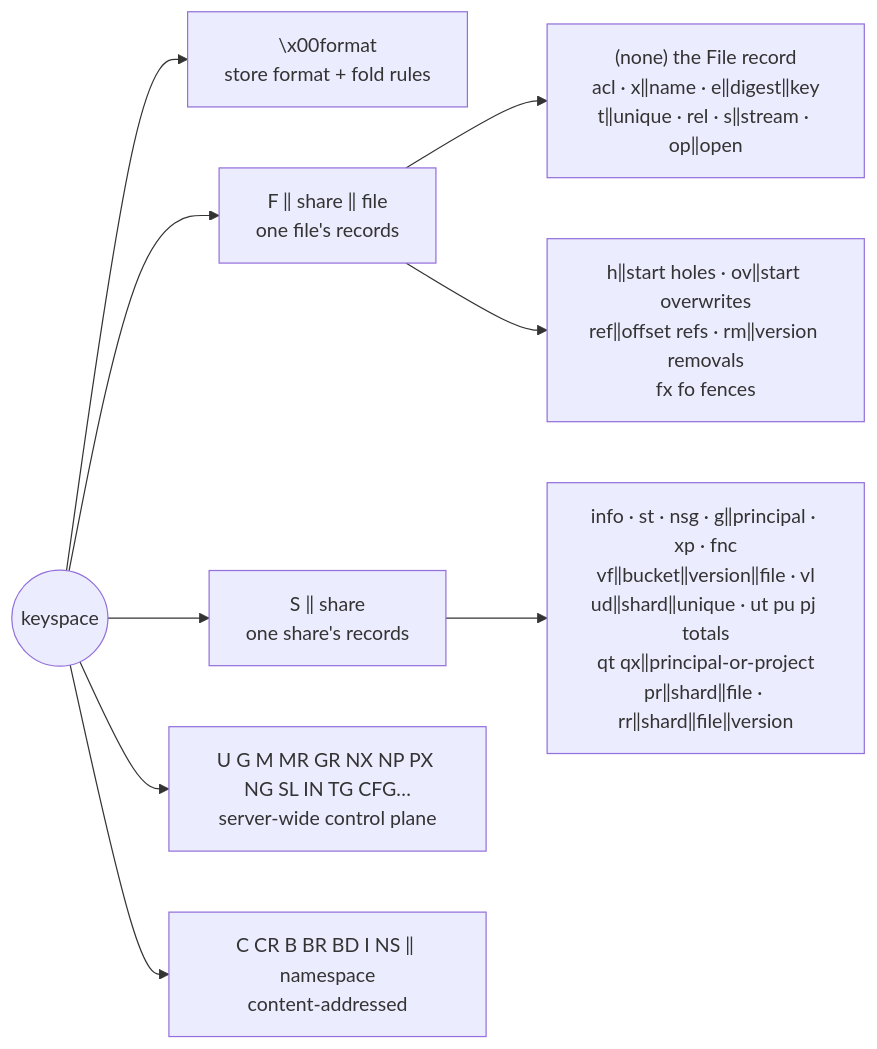
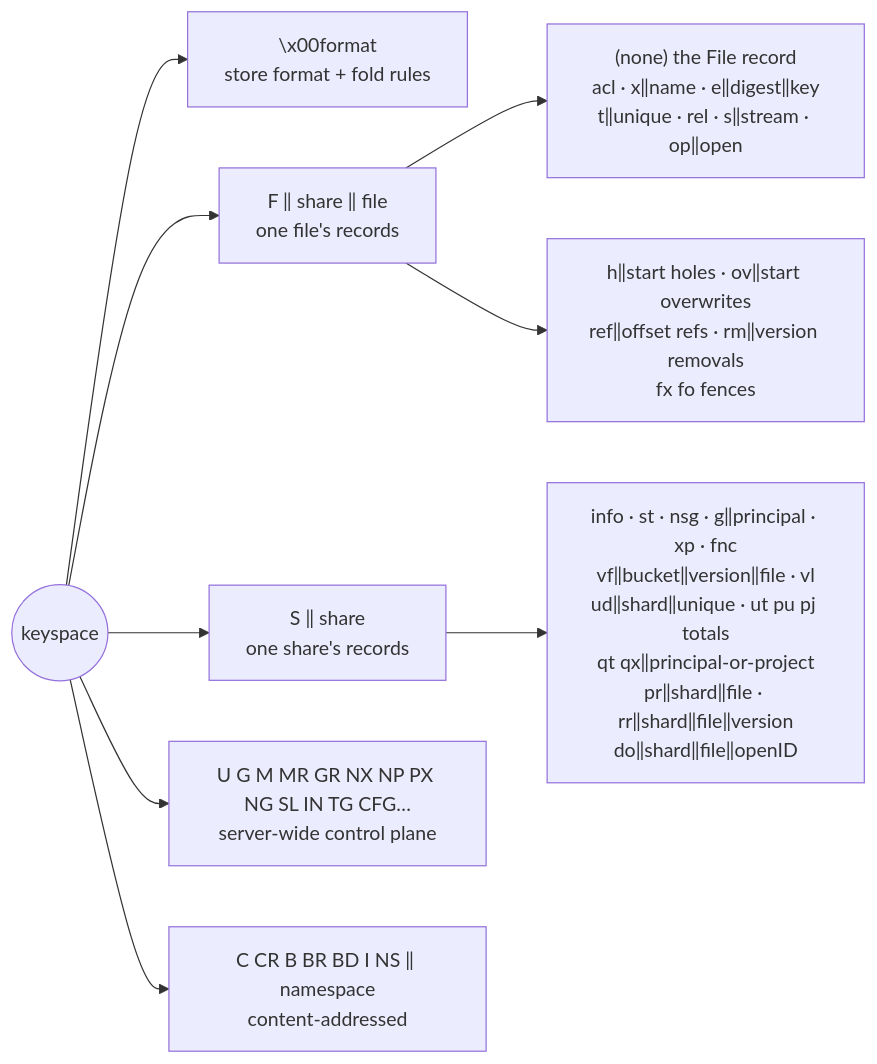
The third of 12 diagrams in docs/internals/kv-layer-guide.md (marmos91/dittofs), drawn with Mermaid before and after one commit. The commit also changed other lines of this file, not shown here.

Commit message:
docs(metadata): the guide covers the durable open-state records

````diff
--- a/docs/internals/kv-layer-guide.md
+++ b/docs/internals/kv-layer-guide.md
@@ -110,11 +110,11 @@
 ```mermaid
 flowchart LR
   root(("keyspace")) --> fmt["\x00format<br/>store format + fold rules"]
   root --> F["F ‖ share ‖ file<br/>one file's records"]
   root --> S["S ‖ share<br/>one share's records"]
   root --> SV["U G M MR GR NX NP PX NG SL IN TG CFG…<br/>server-wide control plane"]
   root --> NSP["C CR B BR BD I NS ‖ namespace<br/>content-addressed"]
   F --> F1["(none) the File record<br/>acl · x‖name · e‖digest‖key<br/>t‖unique · rel · s‖stream · op‖open"]
   F --> F2["h‖start holes · ov‖start overwrites<br/>ref‖offset refs · rm‖version removals<br/>fx fo fences"]
-  S --> S1["info · st · nsg · g‖principal · xp · fnc<br/>vf‖bucket‖version‖file · vl<br/>ud‖shard‖unique · ut pu pj totals<br/>qt qx‖principal-or-project<br/>pr‖shard‖file · rr‖shard‖file‖version"]
+  S --> S1["info · st · nsg · g‖principal · xp · fnc<br/>vf‖bucket‖version‖file · vl<br/>ud‖shard‖unique · ut pu pj totals<br/>qt qx‖principal-or-project<br/>pr‖shard‖file · rr‖shard‖file‖version<br/>do‖shard‖file‖openID"]
 ```
````
